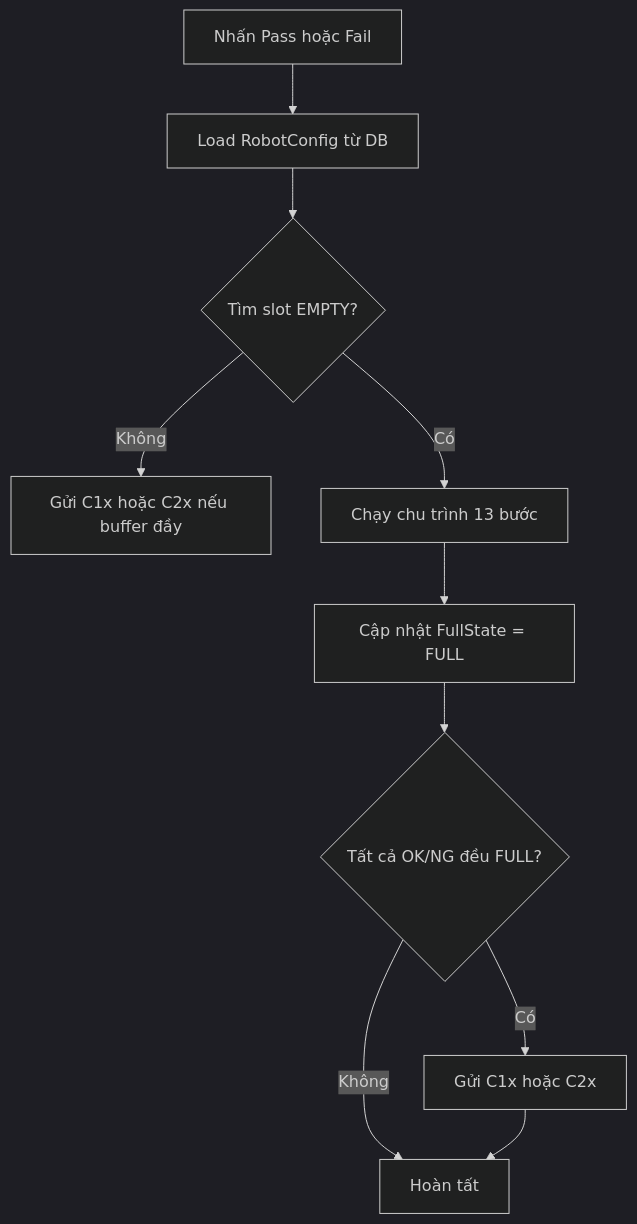
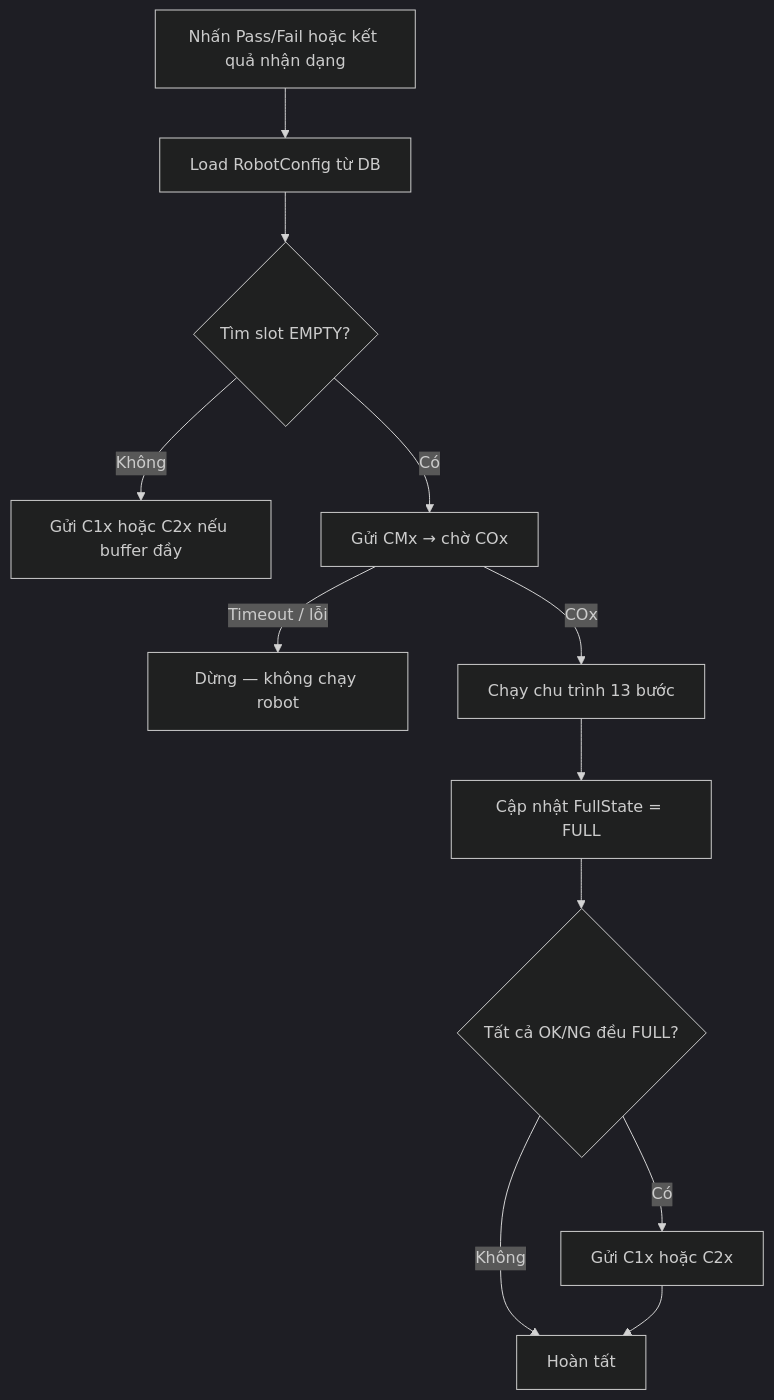
Before and after one commit to cmsang/haui: the third of 4 diagrams in Haui.PCB/docs/ROBOT_WORKFLOW.md, drawn with Mermaid (dark theme). The commit also changed other lines of this file and 3 other files, not shown here.

````diff
--- a/Haui.PCB/docs/ROBOT_WORKFLOW.md
+++ b/Haui.PCB/docs/ROBOT_WORKFLOW.md
@@ -238,12 +240,14 @@
 ```mermaid
 flowchart TD
-    A[Nhấn Pass hoặc Fail] --> B[Load RobotConfig từ DB]
+    A[Nhấn Pass/Fail hoặc kết quả nhận dạng] --> B[Load RobotConfig từ DB]
     B --> C{Tìm slot EMPTY?}
     C -->|Không| D[Gửi C1x hoặc C2x nếu buffer đầy]
-    C -->|Có| E[Chạy chu trình 13 bước]
+    C -->|Có| W[Gửi CMx → chờ COx]
+    W -->|Timeout / lỗi| X[Dừng — không chạy robot]
+    W -->|COx| E[Chạy chu trình 13 bước]
     E --> F[Cập nhật FullState = FULL]
     F --> G{Tất cả OK/NG đều FULL?}
     G -->|Có| H[Gửi C1x hoặc C2x]
     G -->|Không| I[Hoàn tất]
     H --> I
 ```
````
